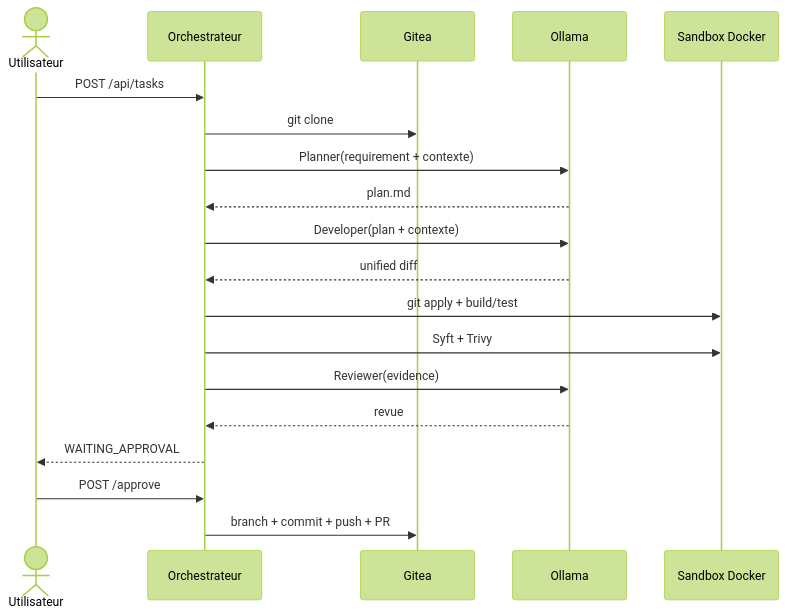
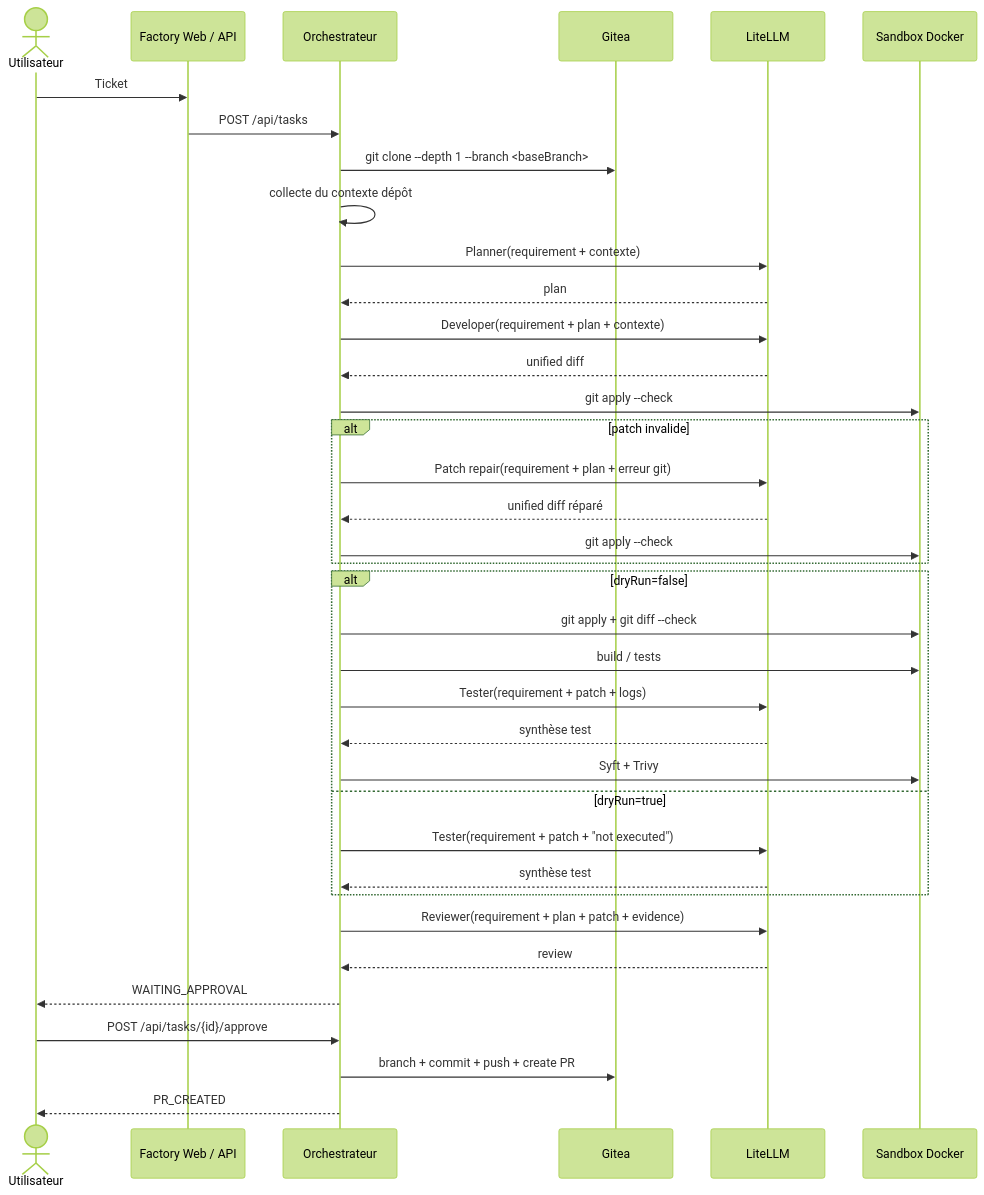
One commit to dbeaumont/ai-software-factory-local changed the second of 2 diagrams in docs/architecture.md. Above: the diagram before and after it, drawn with Mermaid (forest theme). The commit also changed other lines of this file and 3 other files, not shown here.

````diff
--- a/docs/architecture.md
+++ b/docs/architecture.md
@@ -27,22 +62,40 @@
 ```mermaid
 sequenceDiagram
   actor U as Utilisateur
+  participant W as Factory Web / API
   participant O as Orchestrateur
   participant G as Gitea
-  participant L as Ollama
+  participant L as LiteLLM
   participant S as Sandbox Docker
 
-  U->>O: POST /api/tasks
-  O->>G: git clone
+  U->>W: Ticket
+  W->>O: POST /api/tasks
+  O->>G: git clone --depth 1 --branch <baseBranch>
+  O->>O: collecte du contexte dépôt
   O->>L: Planner(requirement + contexte)
-  L-->>O: plan.md
-  O->>L: Developer(plan + contexte)
+  L-->>O: plan
+  O->>L: Developer(requirement + plan + contexte)
   L-->>O: unified diff
-  O->>S: git apply + build/test
-  O->>S: Syft + Trivy
-  O->>L: Reviewer(evidence)
-  L-->>O: revue
+  O->>S: git apply --check
+  alt patch invalide
+    O->>L: Patch repair(requirement + plan + erreur git)
+    L-->>O: unified diff réparé
+    O->>S: git apply --check
+  end
+  alt dryRun=false
+    O->>S: git apply + git diff --check
+    O->>S: build / tests
+    O->>L: Tester(requirement + patch + logs)
+    L-->>O: synthèse test
+    O->>S: Syft + Trivy
+  else dryRun=true
+    O->>L: Tester(requirement + patch + "not executed")
+    L-->>O: synthèse test
+  end
+  O->>L: Reviewer(requirement + plan + patch + evidence)
+  L-->>O: review
   O-->>U: WAITING_APPROVAL
-  U->>O: POST /approve
-  O->>G: branch + commit + push + PR
+  U->>O: POST /api/tasks/{id}/approve
+  O->>G: branch + commit + push + create PR
+  O-->>U: PR_CREATED
 ```
````
